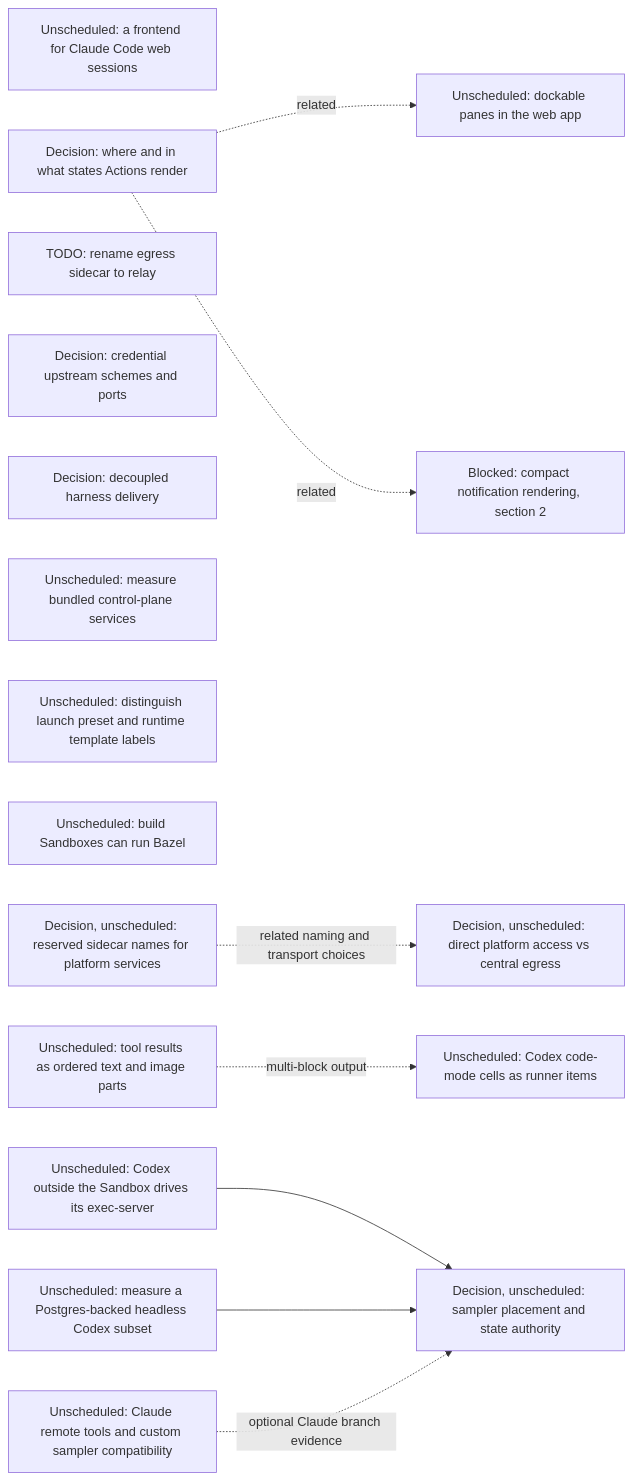
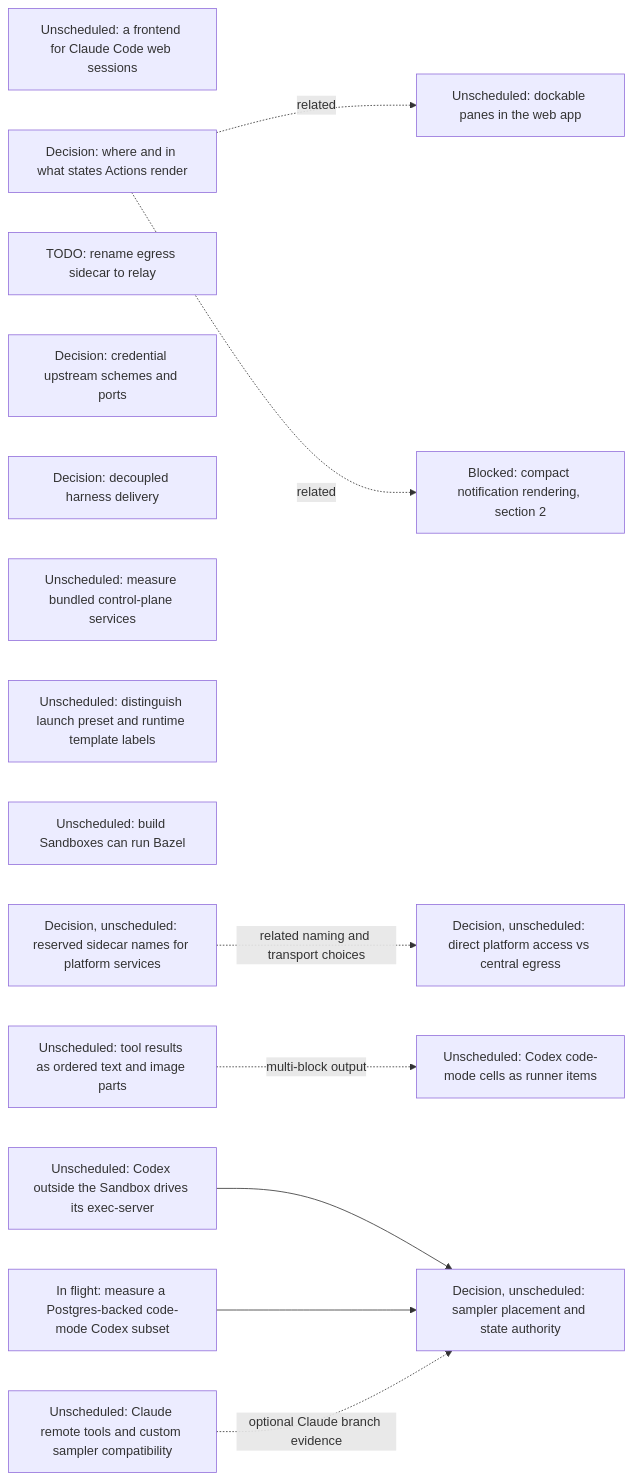
The eighth of 19 diagrams in agentplane/plans/task_dag.md (agentydragon-agent/ducktape), drawn with Mermaid before and after one commit. The commit also changed other lines of this file and 13 other files, not shown here.

Commit message:
agentplane: add Postgres code-mode sampler experiment

````diff
--- a/agentplane/plans/task_dag.md
+++ b/agentplane/plans/task_dag.md
@@ -589,26 +589,26 @@
 ```mermaid
 flowchart LR
     CLAUDE_CODE_WEB_BRIDGE[Unscheduled: a frontend for Claude Code web sessions]
     ACTION_SURFACES_DESIGN[Decision: where and in what states Actions render]
     EGRESS_RELAY_RENAME[TODO: rename egress sidecar to relay]
     EGRESS_CREDENTIAL_TRANSPORT_DESIGN[Decision: credential upstream schemes and ports]
     RUNNER_HARNESS_DELIVERY_DESIGN[Decision: decoupled harness delivery]
     K3S_BUNDLED_SERVICES_SPIKE[Unscheduled: measure bundled control-plane services]
     DOCKABLE_PANES[Unscheduled: dockable panes in the web app]
     ACTION_SURFACES_DESIGN -. related .-> DOCKABLE_PANES
     NOTIFICATION_PRESENTATION[Blocked: compact notification rendering, section 2]
     ACTION_SURFACES_DESIGN -. related .-> NOTIFICATION_PRESENTATION
     SANDBOX_FORM_TERMINOLOGY[Unscheduled: distinguish launch preset and runtime template labels]
     BUILD_BOX_BAZEL[Unscheduled: build Sandboxes can run Bazel]
     PLATFORM_SERVICE_NAMES_DESIGN[Decision, unscheduled: reserved sidecar names for platform services]
     PLATFORM_SERVICE_ROUTING_DESIGN[Decision, unscheduled: direct platform access vs central egress]
     PLATFORM_SERVICE_NAMES_DESIGN -. related naming and transport choices .-> PLATFORM_SERVICE_ROUTING_DESIGN
     STRUCTURED_TOOL_OUTPUT[Unscheduled: tool results as ordered text and image parts]
     STRUCTURED_TOOL_OUTPUT -. multi-block output .-> CODEX_CODE_MODE_CELLS[Unscheduled: Codex code-mode cells as runner items]
     CENTRAL_CODEX_SPIKE[Unscheduled: Codex outside the Sandbox drives its exec-server]
     CENTRAL_CODEX_SPIKE --> HARNESS_PLACEMENT_DESIGN[Decision, unscheduled: sampler placement and state authority]
-    POSTGRES_HARNESS_SPIKE[Unscheduled: measure a Postgres-backed headless Codex subset]
+    POSTGRES_HARNESS_SPIKE[In flight: measure a Postgres-backed code-mode Codex subset]
     POSTGRES_HARNESS_SPIKE --> HARNESS_PLACEMENT_DESIGN
     CLAUDE_REMOTE_EXECUTION_SPIKE[Unscheduled: Claude remote tools and custom sampler compatibility]
     CLAUDE_REMOTE_EXECUTION_SPIKE -. optional Claude branch evidence .-> HARNESS_PLACEMENT_DESIGN
 ```
````
